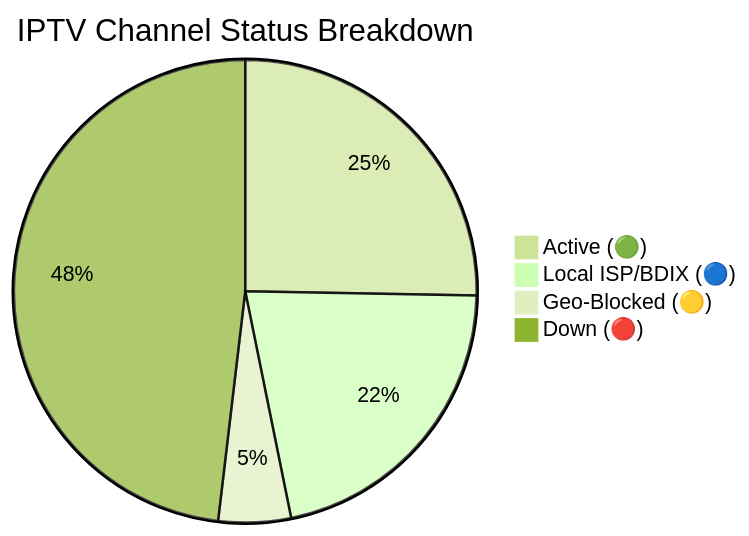
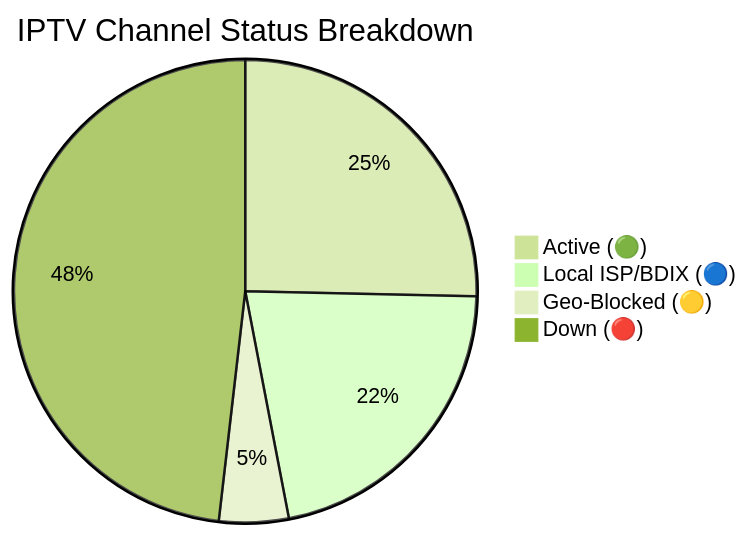
One commit to Zaman-Topu/Ip-tv-Collection changed the diagram in README.md. Above: the diagram before and after it, drawn with Mermaid (forest theme). The commit also changed other lines of this file and 6 other files, not shown here.

````diff
--- a/README.md
+++ b/README.md
@@ -118,7 +118,7 @@
 ```mermaid
 pie title IPTV Channel Status Breakdown
-    "Active (🟢)" : 10535
-    "Local ISP/BDIX (🔵)" : 8965
-    "Geo-Blocked (🟡)" : 2107
-    "Down (🔴)" : 20045
+    "Active (🟢)" : 10507
+    "Local ISP/BDIX (🔵)" : 8962
+    "Geo-Blocked (🟡)" : 2011
+    "Down (🔴)" : 19964
 ```
````
